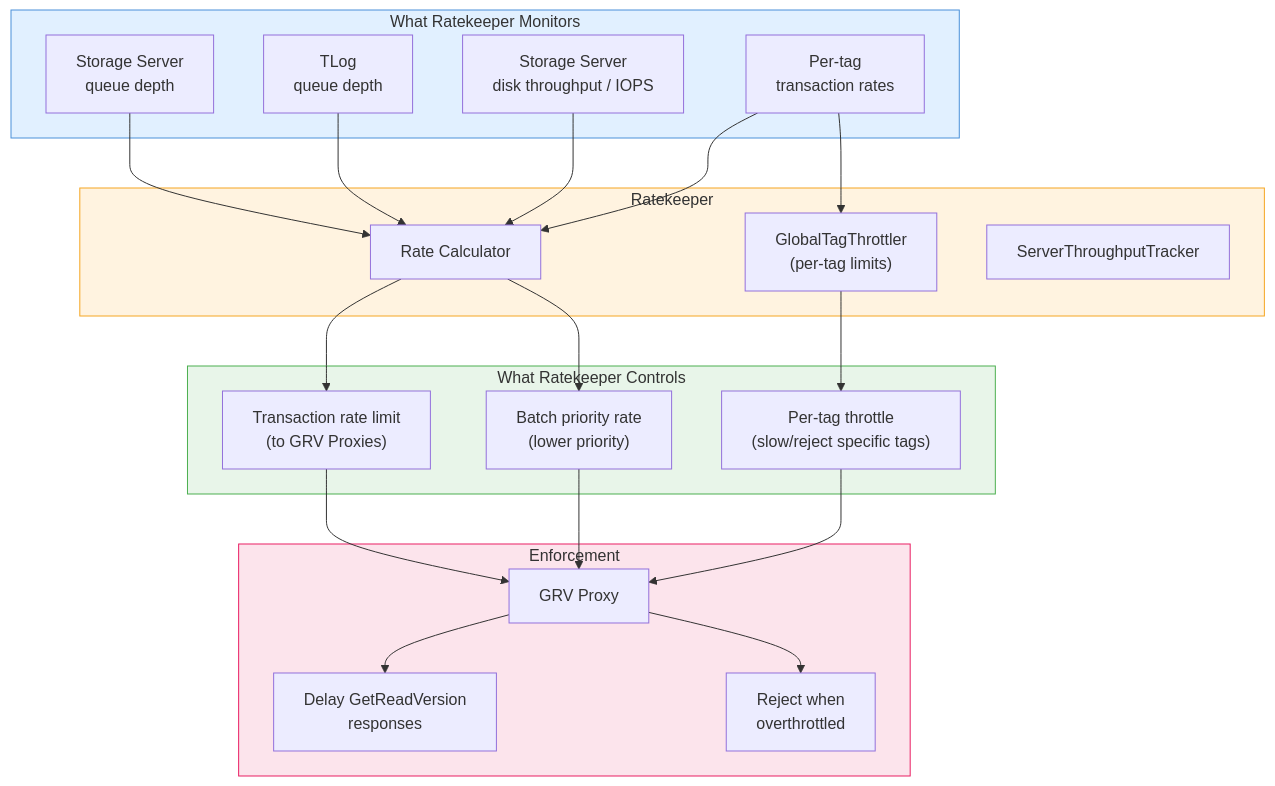
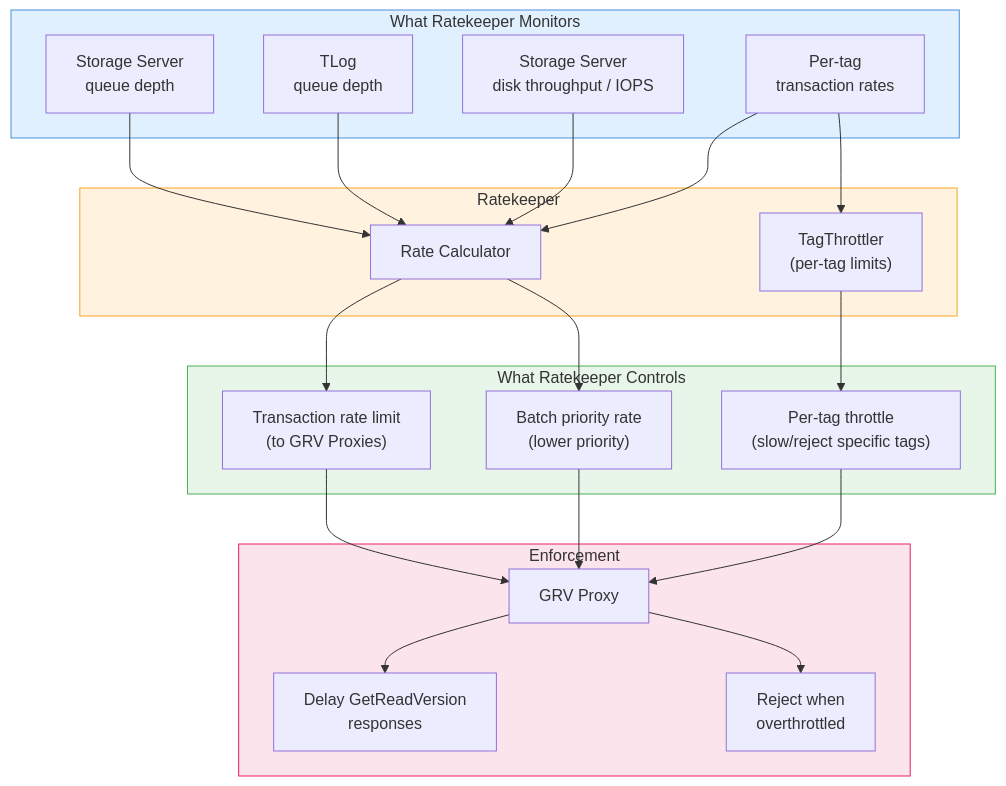
One commit to apple/foundationdb changed the first of 3 diagrams in design/AI-generated/diagram_10_ratekeeper.md. Above: the diagram before and after it, drawn with Mermaid. The commit also changed other lines of this file and 33 other files, not shown here.

````diff
--- a/design/AI-generated/diagram_10_ratekeeper.md
+++ b/design/AI-generated/diagram_10_ratekeeper.md
@@ -3,46 +3,45 @@
 ```mermaid
 graph TB
     subgraph Monitoring["What Ratekeeper Monitors"]
         SSQueue["Storage Server\nqueue depth"]
         TLogQueue["TLog\nqueue depth"]
         DiskIO["Storage Server\ndisk throughput / IOPS"]
         TagRates["Per-tag\ntransaction rates"]
     end
 
     subgraph RK["Ratekeeper"]
         Calc["Rate Calculator"]
-        GTT["GlobalTagThrottler\n(per-tag limits)"]
-        ThroughputTracker["ServerThroughputTracker"]
+        TT["TagThrottler\n(per-tag limits)"]
     end
 
     subgraph Control["What Ratekeeper Controls"]
         TxnRate["Transaction rate limit\n(to GRV Proxies)"]
         BatchRate["Batch priority rate\n(lower priority)"]
         TagThrottle["Per-tag throttle\n(slow/reject specific tags)"]
     end
 
     subgraph Enforcement["Enforcement"]
         GRVProxy["GRV Proxy"]
         Delay["Delay GetReadVersion\nresponses"]
         Reject["Reject when\noverthrottled"]
     end
 
     SSQueue --> Calc
     TLogQueue --> Calc
     DiskIO --> Calc
     TagRates --> Calc
     Calc --> TxnRate
     Calc --> BatchRate
-    TagRates --> GTT --> TagThrottle
+    TagRates --> TT --> TagThrottle
 
     TxnRate --> GRVProxy
     BatchRate --> GRVProxy
     TagThrottle --> GRVProxy
     GRVProxy --> Delay
     GRVProxy --> Reject
 
     style Monitoring fill:#e1f0ff,stroke:#4a90d9
     style RK fill:#fff3e0,stroke:#f5a623
     style Control fill:#e8f5e9,stroke:#4caf50
     style Enforcement fill:#fce4ec,stroke:#e91e63
 ```
````
